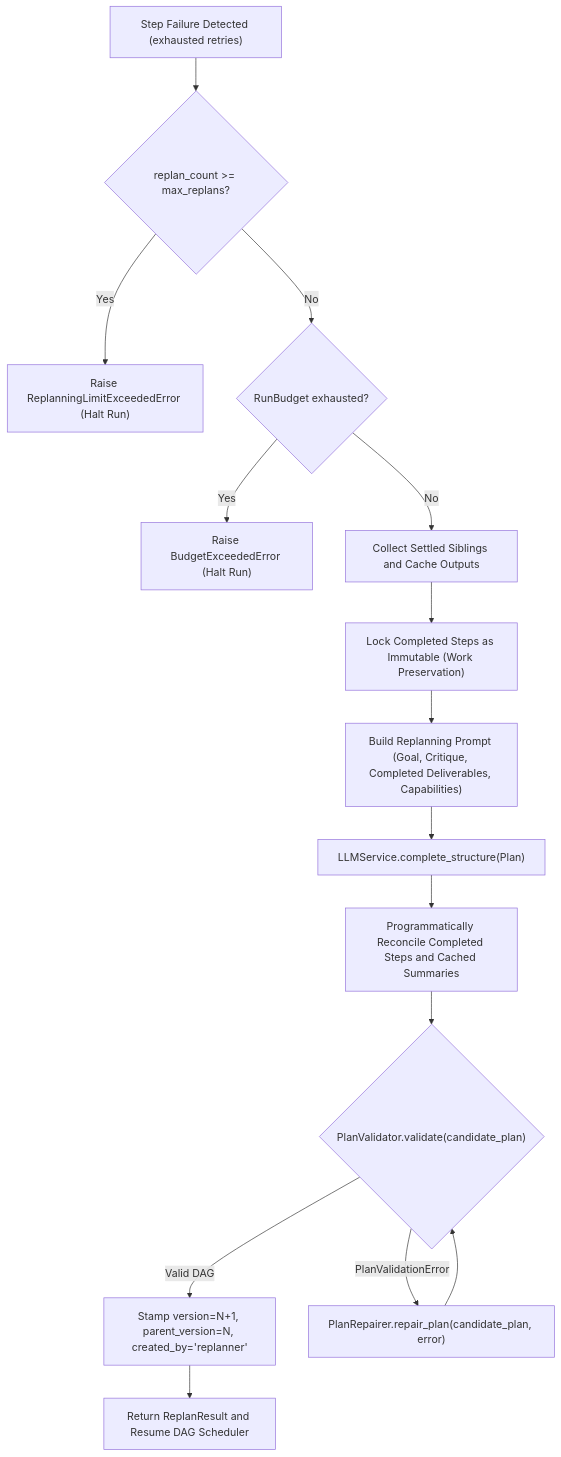
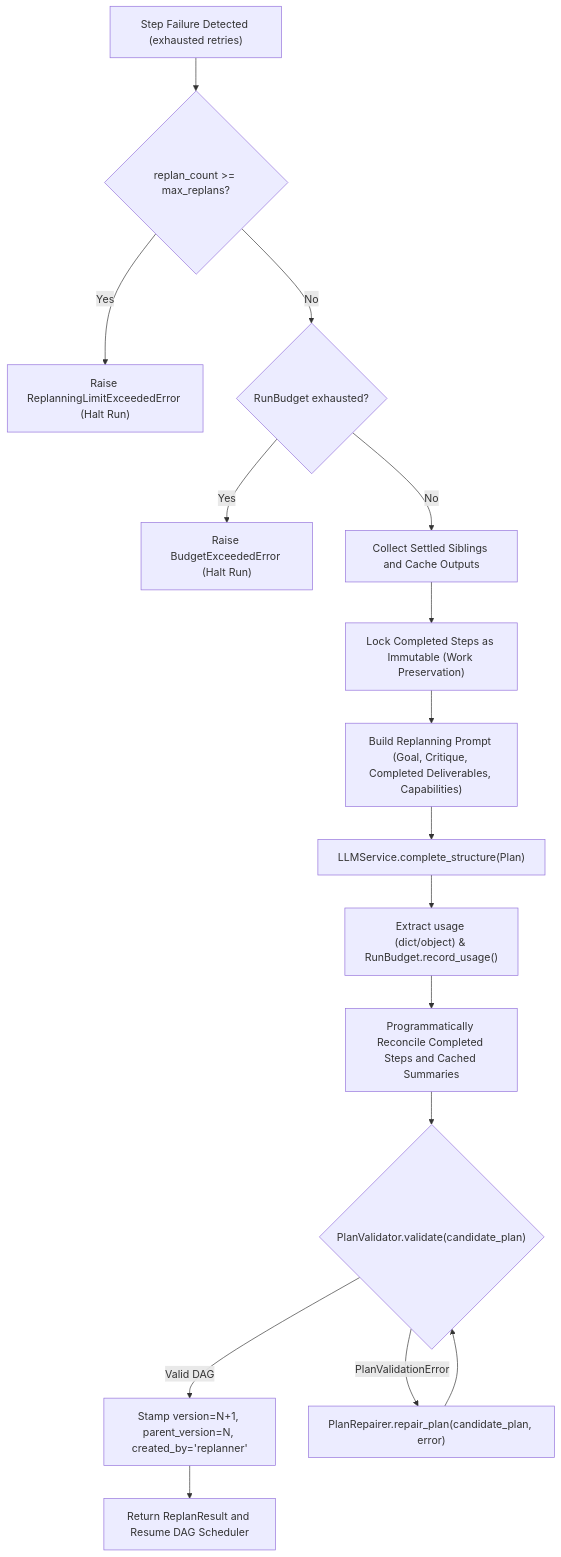
One commit to harshilkatharva/genai-engineer-journey changed the fifth of 8 diagrams in module-18-planning/docs/FLOW.md. Above: the diagram before and after it, drawn with Mermaid. The commit also changed other lines of this file and 13 other files, not shown here.

````diff
--- a/module-18-planning/docs/FLOW.md
+++ b/module-18-planning/docs/FLOW.md
@@ -197,21 +199,22 @@
 ```mermaid
 flowchart TD
     Trigger["Step Failure Detected (exhausted retries)"] --> CheckCeiling{"replan_count >= max_replans?"}
     CheckCeiling -- "Yes" --> CeilExceeded["Raise ReplanningLimitExceededError (Halt Run)"]
     CheckCeiling -- "No" --> BudgetCheck{"RunBudget exhausted?"}
     BudgetCheck -- "Yes" --> BudgetExceeded["Raise BudgetExceededError (Halt Run)"]
     BudgetCheck -- "No" --> CollectWork["Collect Settled Siblings and Cache Outputs"]
     
     CollectWork --> LockCompleted["Lock Completed Steps as Immutable (Work Preservation)"]
     LockCompleted --> BuildPrompt["Build Replanning Prompt (Goal, Critique, Completed Deliverables, Capabilities)"]
     BuildPrompt --> LLMReplan["LLMService.complete_structure(Plan)"]
     
-    LLMReplan --> Reconcile["Programmatically Reconcile Completed Steps and Cached Summaries"]
+    LLMReplan --> RecordUsage["Extract usage (dict/object) & RunBudget.record_usage()"]
+    RecordUsage --> Reconcile["Programmatically Reconcile Completed Steps and Cached Summaries"]
     Reconcile --> ValidateDAG{"PlanValidator.validate(candidate_plan)"}
     
     ValidateDAG -- "Valid DAG" --> StampVersion["Stamp version=N+1, parent_version=N, created_by='replanner'"]
     ValidateDAG -- "PlanValidationError" --> RepairLoop["PlanRepairer.repair_plan(candidate_plan, error)"]
     RepairLoop --> ValidateDAG
     
     StampVersion --> ReturnResult["Return ReplanResult and Resume DAG Scheduler"]
 ```
````
